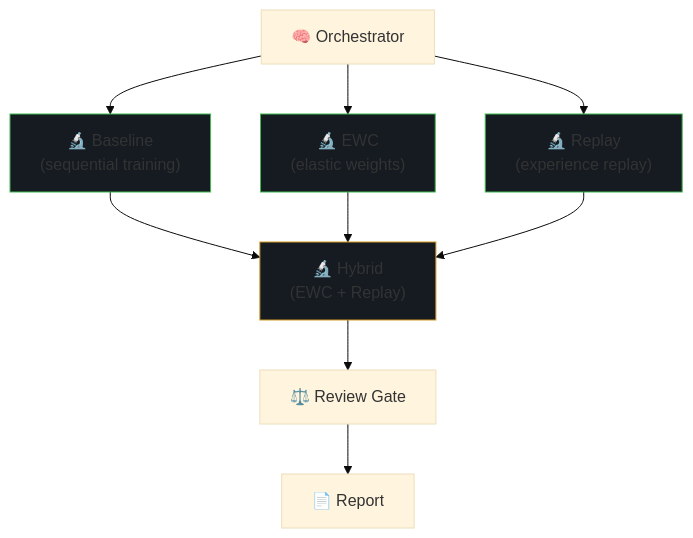
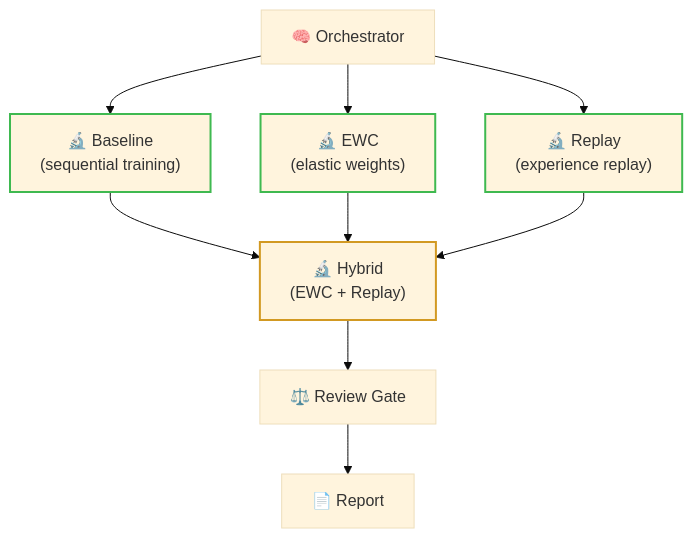
The third of 3 diagrams in README.md (Vahidrostami/voronoi), drawn with Mermaid (base theme) before and after one commit. The commit also changed other lines of this file, not shown here.

````diff
--- a/README.md
+++ b/README.md
@@ -134,18 +134,18 @@
 ```mermaid
 graph TD
     O["🧠 Orchestrator"] --> B["🔬 Baseline\n(sequential training)"]
     O --> E["🔬 EWC\n(elastic weights)"]
     O --> R["🔬 Replay\n(experience replay)"]
 
     B --> H["🔬 Hybrid\n(EWC + Replay)"]
     E --> H
     R --> H
 
     H --> Rev["⚖️ Review Gate"]
     Rev --> D["📄 Report"]
 
-    style B fill:#161b22,stroke:#3fb950
-    style E fill:#161b22,stroke:#3fb950
-    style R fill:#161b22,stroke:#3fb950
-    style H fill:#161b22,stroke:#d29922
+    style B stroke:#3fb950,stroke-width:2px
+    style E stroke:#3fb950,stroke-width:2px
+    style R stroke:#3fb950,stroke-width:2px
+    style H stroke:#d29922,stroke-width:2px
 ```
````
